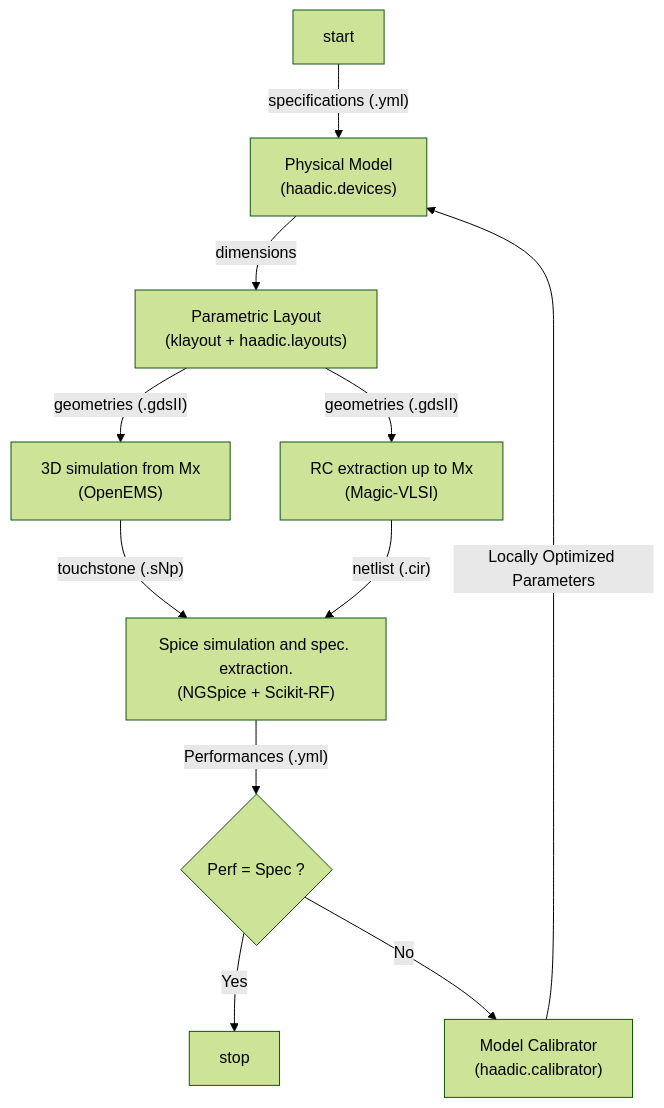
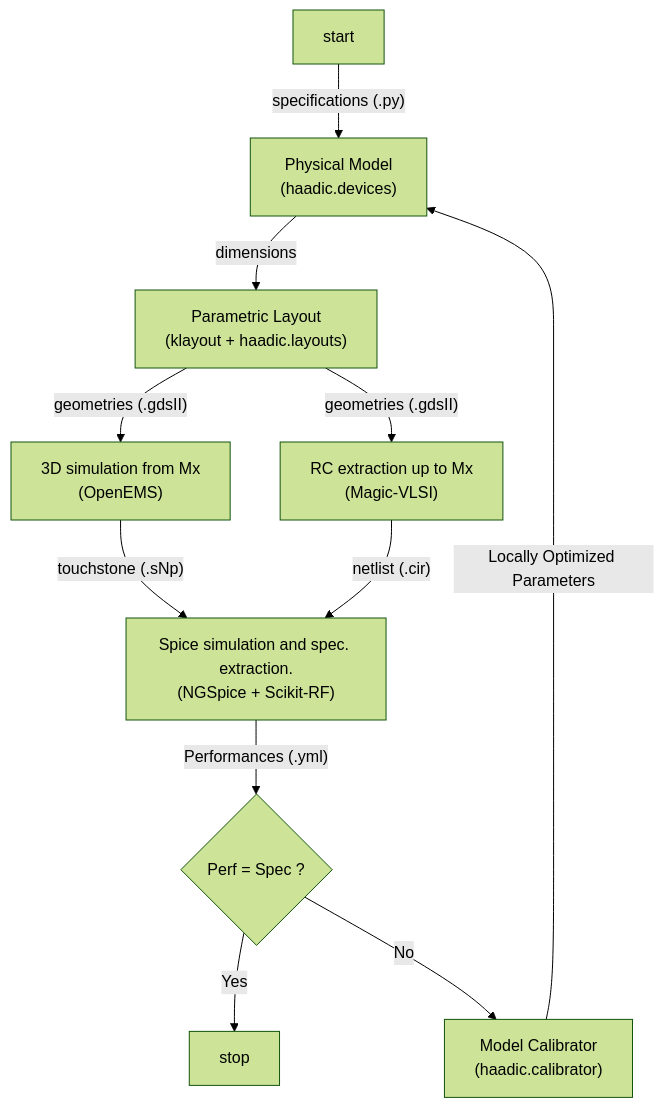
The diagram in docs/README.md (Patarimi/haadic), drawn with Mermaid (forest theme) before and after one commit. The commit also changed other lines of this file and 5 other files, not shown here.

````diff
--- a/docs/README.md
+++ b/docs/README.md
@@ -22,19 +24,19 @@
 ```mermaid
 flowchart TD
-    start -- "specifications (.yml)" --> app["Physical Model
+    start -- "specifications (.py)" --> app["Physical Model
 (haadic.devices)"]
     app --dimensions --> pl["Parametric Layout
 (klayout + haadic.layouts)"]
     pl --"geometries (.gdsII)" --> be_sim["RC extraction up to Mx
 (Magic-VLSI)"]
     pl --"geometries (.gdsII)" --> fe_sim["3D simulation from Mx
 (OpenEMS)"]
     fe_sim -- "touchstone (.sNp)" --> ext["Spice simulation and spec. extraction.
 (NGSpice + Scikit-RF)"]
     be_sim --"netlist (.cir)" --> ext
     ext --"Performances (.yml)" --> atSpec{"Perf = Spec ?"}
     atSpec --> |Yes| stop
     atSpec --> |No| cal["Model Calibrator
 (haadic.calibrator)"]
     cal --"Locally Optimized Parameters" --> app
 ```
````
